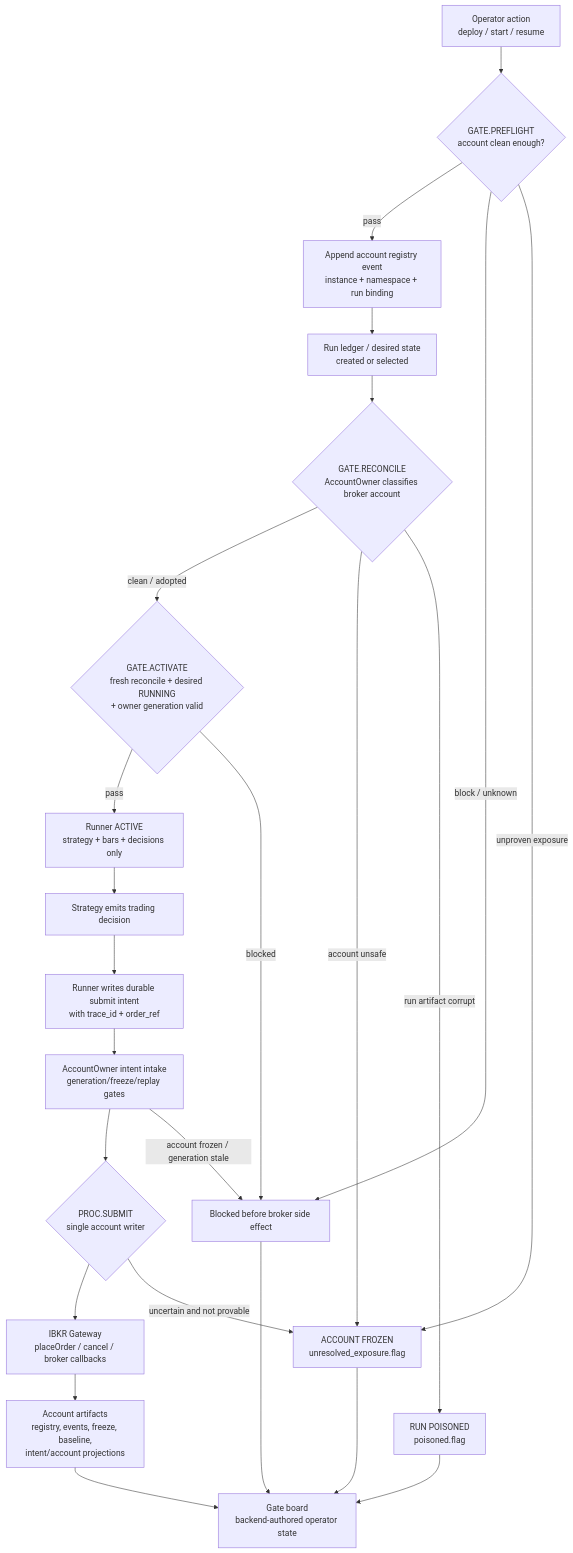
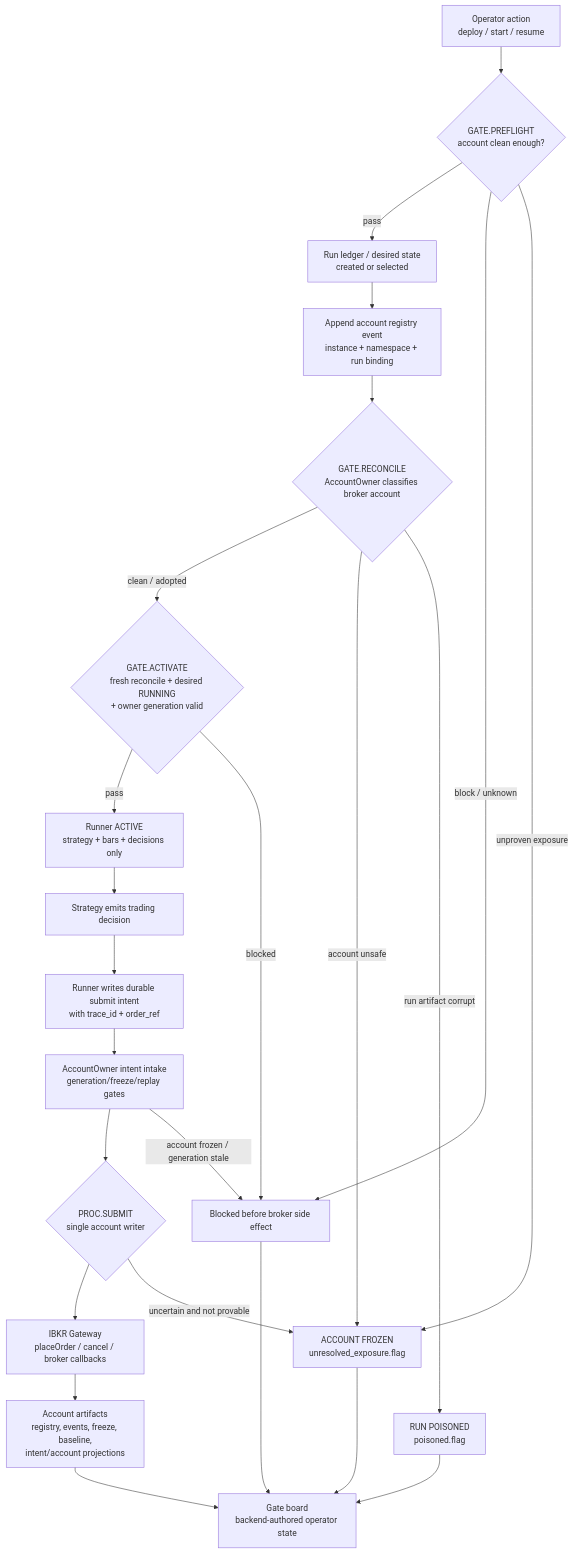
One commit to tim1016/learn-ai changed the first of 5 diagrams in docs/architecture/bot-lifecycle-account-owner-prd.md. Above: the diagram before and after it, drawn with Mermaid. The commit also changed other lines of this file and 1 other file, not shown here.

````diff
--- a/docs/architecture/bot-lifecycle-account-owner-prd.md
+++ b/docs/architecture/bot-lifecycle-account-owner-prd.md
@@ -49,37 +49,37 @@
 ```mermaid
 flowchart TD
     operator["Operator action<br/>deploy / start / resume"]
     preflight{"GATE.PREFLIGHT<br/>account clean enough?"}
+    ledger["Run ledger / desired state<br/>created or selected"]
     registry["Append account registry event<br/>instance + namespace + run binding"]
-    ledger["Run ledger / desired state<br/>created or selected"]
     reconcile{"GATE.RECONCILE<br/>AccountOwner classifies broker account"}
     activate{"GATE.ACTIVATE<br/>fresh reconcile + desired RUNNING<br/>+ owner generation valid"}
     runner["Runner ACTIVE<br/>strategy + bars + decisions only"]
     signal["Strategy emits trading decision"]
     intent["Runner writes durable submit intent<br/>with trace_id + order_ref"]
     ownerInbox["AccountOwner intent intake<br/>generation/freeze/replay gates"]
     submit{"PROC.SUBMIT<br/>single account writer"}
     ibkr["IBKR Gateway<br/>placeOrder / cancel / broker callbacks"]
     artifacts["Account artifacts<br/>registry, events, freeze, baseline,<br/>intent/account projections"]
     board["Gate board<br/>backend-authored operator state"]
     freeze["ACCOUNT FROZEN<br/>unresolved_exposure.flag"]
     poison["RUN POISONED<br/>poisoned.flag"]
     blocked["Blocked before broker side effect"]
 
     operator --> preflight
-    preflight -->|pass| registry --> ledger --> reconcile
+    preflight -->|pass| ledger --> registry --> reconcile
     preflight -->|block / unknown| blocked
     preflight -->|unproven exposure| freeze
     reconcile -->|clean / adopted| activate
     reconcile -->|account unsafe| freeze
     reconcile -->|run artifact corrupt| poison
     activate -->|pass| runner
     activate -->|blocked| blocked
     runner --> signal --> intent --> ownerInbox --> submit --> ibkr
     ibkr --> artifacts --> board
     ownerInbox -->|account frozen / generation stale| blocked
     submit -->|uncertain and not provable| freeze
     freeze --> board
     poison --> board
     blocked --> board
 ```
````
